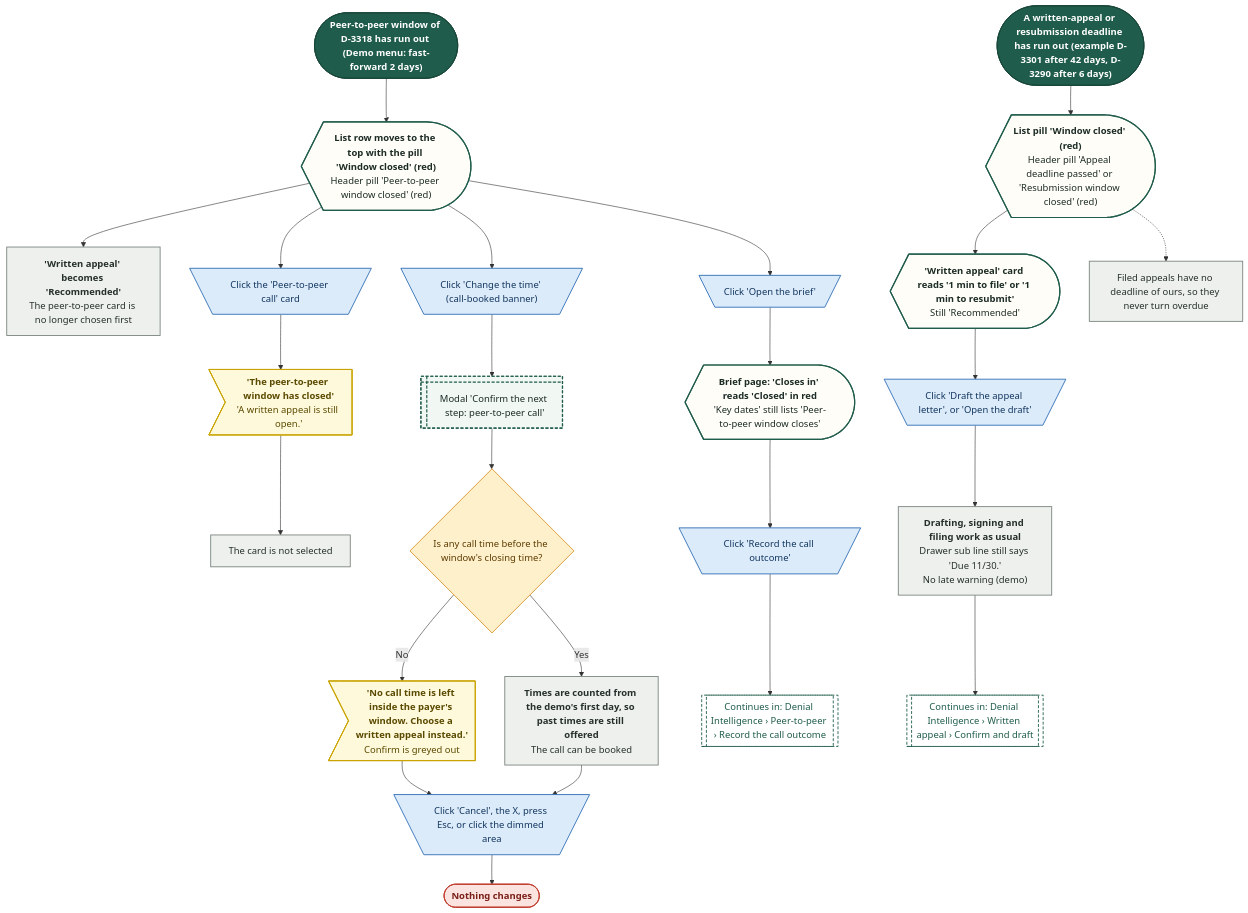
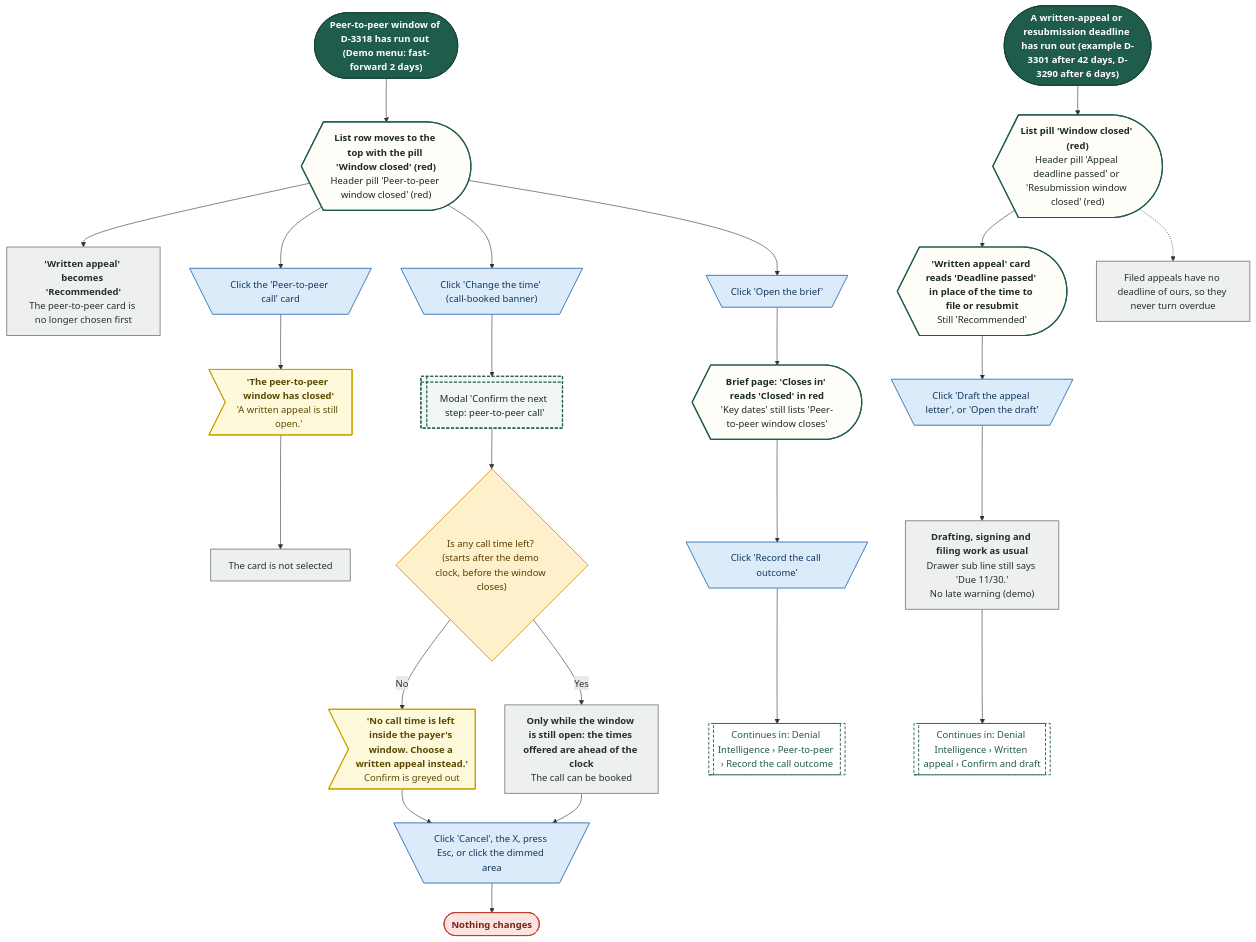
One commit to Shrav143/psyfloapp changed diagram 19 of 20 in demos/prior-auth-demo/workflows/out/md/06-denials.md. Above: the diagram before and after it, drawn with Mermaid. The commit also changed other lines of this file and 195 other files, not shown here.

First line of the commit message:
docs: Rebuild workflow diagrams after the demo fixes (220 diagrams)

````diff
--- a/demos/prior-auth-demo/workflows/out/md/06-denials.md
+++ b/demos/prior-auth-demo/workflows/out/md/06-denials.md
@@ -1286,62 +1475,62 @@
 ```mermaid
 %%{init: {"theme":"base","themeVariables":{"fontFamily":"'DM Sans', 'Segoe UI', system-ui, sans-serif","fontSize":"15px","lineColor":"#5B6B63","primaryTextColor":"#1C2B25","clusterBkg":"#FBF8F3","clusterBorder":"#D9CDBB","edgeLabelBackground":"#FFFFFF"},"flowchart":{"curve":"basis","nodeSpacing":36,"rankSpacing":48,"padding":12,"htmlLabels":true,"useMaxWidth":false,"wrappingWidth":230}} }%%
 flowchart TD
   classDef k_start fill:#1F5C4B,stroke:#174638,color:#FFFFFF,stroke-width:1.5px,font-weight:600
   classDef k_end fill:#DDEFE3,stroke:#2E7D4F,color:#14502F,stroke-width:1.5px,font-weight:600
   classDef k_endx fill:#FBE3E0,stroke:#C0392B,color:#7A1F16,stroke-width:1.5px,font-weight:600
   classDef k_screen fill:#FFFDF8,stroke:#1F5C4B,color:#1C2B25,stroke-width:2px
   classDef k_overlay fill:#F1F7F3,stroke:#1F5C4B,color:#1C2B25,stroke-width:2px,stroke-dasharray:5 3
   classDef k_click fill:#DCEBFA,stroke:#2F6DB5,color:#12365F,stroke-width:1.5px
   classDef k_input fill:#E4E7FF,stroke:#4C5FD5,color:#1D2670,stroke-width:1.5px
   classDef k_process fill:#EEF0EE,stroke:#7A857F,color:#26302B,stroke-width:1.5px
   classDef k_agent fill:#EEE5FA,stroke:#7A4FC2,color:#341A63,stroke-width:1.5px
   classDef k_decision fill:#FFF0CC,stroke:#D9962B,color:#5C3B00,stroke-width:1.5px
   classDef k_store fill:#D5F0EA,stroke:#1C8E7B,color:#0B4A3F,stroke-width:1.5px
   classDef k_doc fill:#F6E9DC,stroke:#B07A4C,color:#4A2E14,stroke-width:1.5px
   classDef k_ext fill:#FFE6D2,stroke:#E07B39,color:#6B2F06,stroke-width:1.5px
   classDef k_wait fill:#E4E8EE,stroke:#6B7C93,color:#26303D,stroke-width:1.5px
   classDef k_toast fill:#FFF9DB,stroke:#C9A400,color:#5A4A00,stroke-width:1.5px
   classDef k_goto fill:#FFFFFF,stroke:#1F5C4B,color:#1F5C4B,stroke-width:1.5px,stroke-dasharray:5 3
   s1@{ shape: stadium, label: "Peer-to-peer window of D-3318 has run out (Demo menu: fast-forward 2 days)" }
   sc1@{ shape: curv-trap, label: "<b>List row moves to the top with the pill 'Window closed' (red)</b><br/>Header pill 'Peer-to-peer window closed' (red)" }
   p1@{ shape: rect, label: "<b>'Written appeal' becomes 'Recommended'</b><br/>The peer-to-peer card is no longer chosen first" }
   c1@{ shape: trap-t, label: "Click the 'Peer-to-peer call' card" }
   t1@{ shape: odd, label: "<b>'The peer-to-peer window has closed'</b><br/>'A written appeal is still open.'" }
   p2@{ shape: rect, label: "The card is not selected" }
   c2@{ shape: trap-t, label: "Click 'Change the time' (call-booked banner)" }
   o1@{ shape: win-pane, label: "Modal 'Confirm the next step: peer-to-peer call'" }
-  d1@{ shape: diam, label: "Is any call time before the window's closing time?" }
+  d1@{ shape: diam, label: "Is any call time left? (starts after the demo clock, before the window closes)" }
   t2@{ shape: odd, label: "<b>'No call time is left inside the payer's window. Choose a written appeal instead.'</b><br/>Confirm is greyed out" }
-  p3@{ shape: rect, label: "<b>Times are counted from the demo's first day, so past times are still offered</b><br/>The call can be booked" }
+  p3@{ shape: rect, label: "<b>Only while the window is still open: the times offered are ahead of the clock</b><br/>The call can be booked" }
   c3@{ shape: trap-t, label: "Click 'Cancel', the X, press Esc, or click the dimmed area" }
   e1@{ shape: stadium, label: "Nothing changes" }
   c4@{ shape: trap-t, label: "Click 'Open the brief'" }
   b1@{ shape: curv-trap, label: "<b>Brief page: 'Closes in' reads 'Closed' in red</b><br/>'Key dates' still lists 'Peer-to-peer window closes'" }
   c5@{ shape: trap-t, label: "Click 'Record the call outcome'" }
   g1@{ shape: subproc, label: "Continues in: Denial Intelligence › Peer-to-peer › Record the call outcome" }
   s2@{ shape: stadium, label: "A written-appeal or resubmission deadline has run out (example D-3301 after 42 days, D-3290 after 6 days)" }
   sc2@{ shape: curv-trap, label: "<b>List pill 'Window closed' (red)</b><br/>Header pill 'Appeal deadline passed' or 'Resubmission window closed' (red)" }
-  o2@{ shape: curv-trap, label: "<b>'Written appeal' card reads '1 min to file' or '1 min to resubmit'</b><br/>Still 'Recommended'" }
+  o2@{ shape: curv-trap, label: "<b>'Written appeal' card reads 'Deadline passed' in place of the time to file or resubmit</b><br/>Still 'Recommended'" }
   c6@{ shape: trap-t, label: "Click 'Draft the appeal letter', or 'Open the draft'" }
   p4@{ shape: rect, label: "<b>Drafting, signing and filing work as usual</b><br/>Drawer sub line still says 'Due 11/30.'<br/>No late warning (demo)" }
   g2@{ shape: subproc, label: "Continues in: Denial Intelligence › Written appeal › Confirm and draft" }
   p5@{ shape: rect, label: "Filed appeals have no deadline of ours, so they never turn overdue" }
   s1 --> sc1 --> p1
   sc1 --> c1 --> t1 --> p2
   sc1 --> c2 --> o1 --> d1
   d1 -->|"No"| t2 --> c3
   d1 -->|"Yes"| p3 --> c3
   c3 --> e1
   sc1 --> c4 --> b1 --> c5 --> g1
   s2 --> sc2 --> o2 --> c6 --> p4 --> g2
   sc2 -.-> p5
   class s1,s2 k_start
   class sc1,b1,sc2,o2 k_screen
   class p1,p2,p3,p4,p5 k_process
   class c1,c2,c3,c4,c5,c6 k_click
   class t1,t2 k_toast
   class o1 k_overlay
   class d1 k_decision
   class e1 k_endx
   class g1,g2 k_goto
 ```
````
